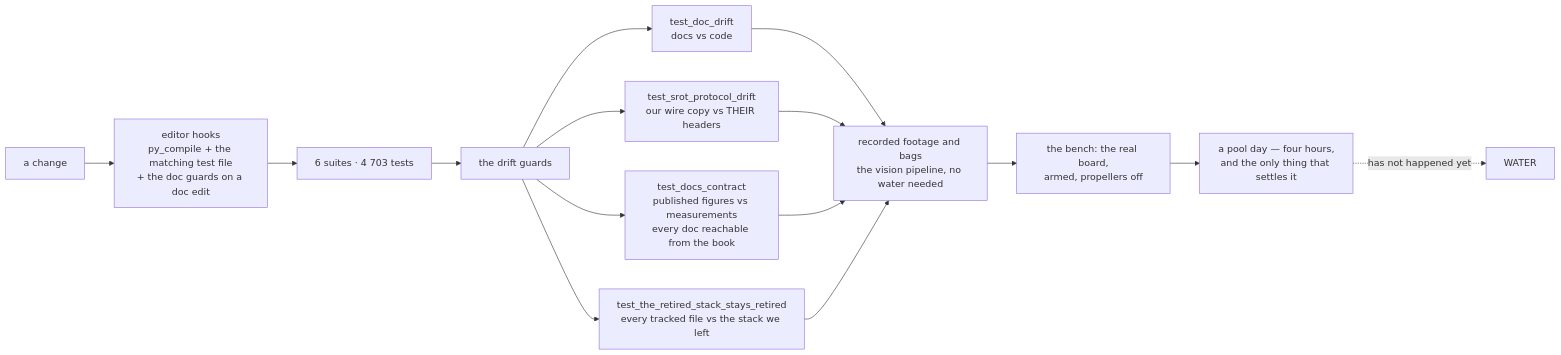
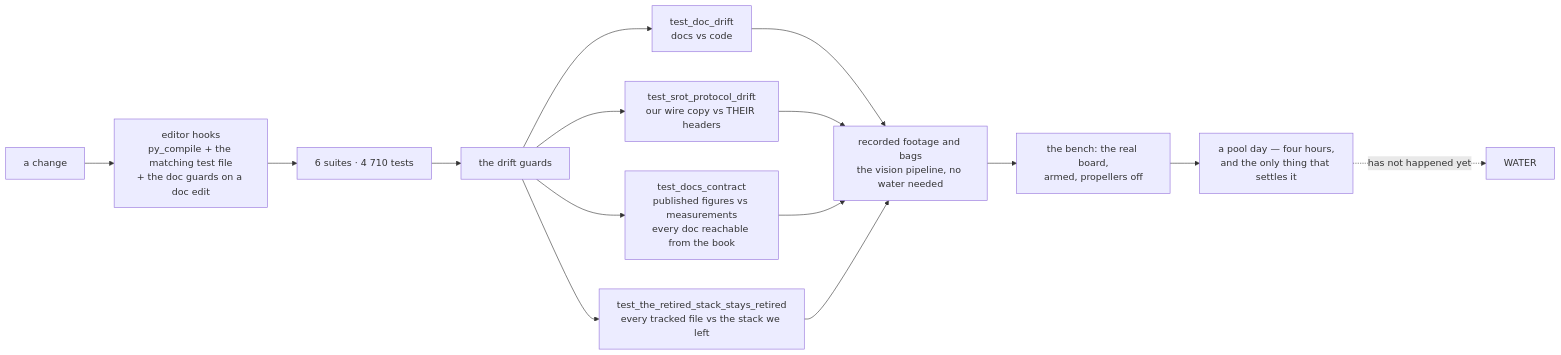
The ninth of 10 diagrams in README.md (fh1m/mongla_ws), drawn with Mermaid before and after one commit. The commit also changed other lines of this file and 2 other files, not shown here.

````diff
--- a/README.md
+++ b/README.md
@@ -817,17 +817,17 @@
 ```mermaid
 flowchart LR
     DEV["a change"] --> HOOK["editor hooks<br/>py_compile + the matching test file<br/>+ the doc guards on a doc edit"]
-    HOOK --> UNIT["6 suites · 4 703 tests"]
+    HOOK --> UNIT["6 suites · 4 710 tests"]
     UNIT --> GUARD["the drift guards"]
     GUARD --> G1["test_doc_drift<br/>docs vs code"]
     GUARD --> G2["test_srot_protocol_drift<br/>our wire copy vs THEIR headers"]
     GUARD --> G3["test_docs_contract<br/>published figures vs measurements<br/>every doc reachable from the book"]
     GUARD --> G4["test_the_retired_stack_stays_retired<br/>every tracked file vs the stack we left"]
     G1 --> REPLAY["recorded footage and bags<br/>the vision pipeline, no water needed"]
     G2 --> REPLAY
     G3 --> REPLAY
     G4 --> REPLAY
     REPLAY --> BENCH["the bench: the real board,<br/>armed, propellers off"]
     BENCH --> POOL["a pool day — four hours,<br/>and the only thing that settles it"]
     POOL -.->|"has not happened yet"| WATER["WATER"]
 ```
````
